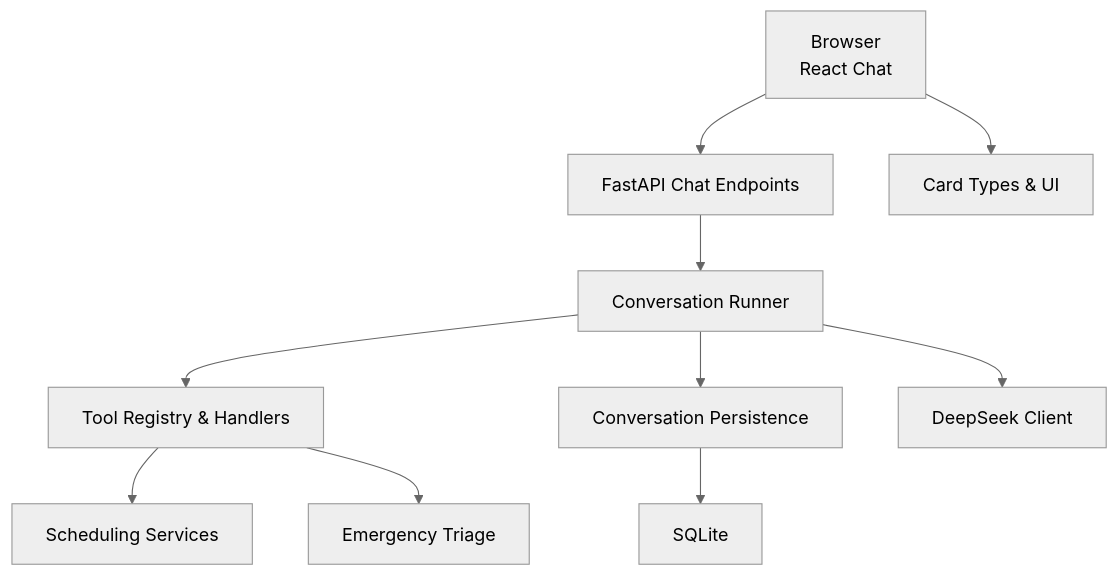
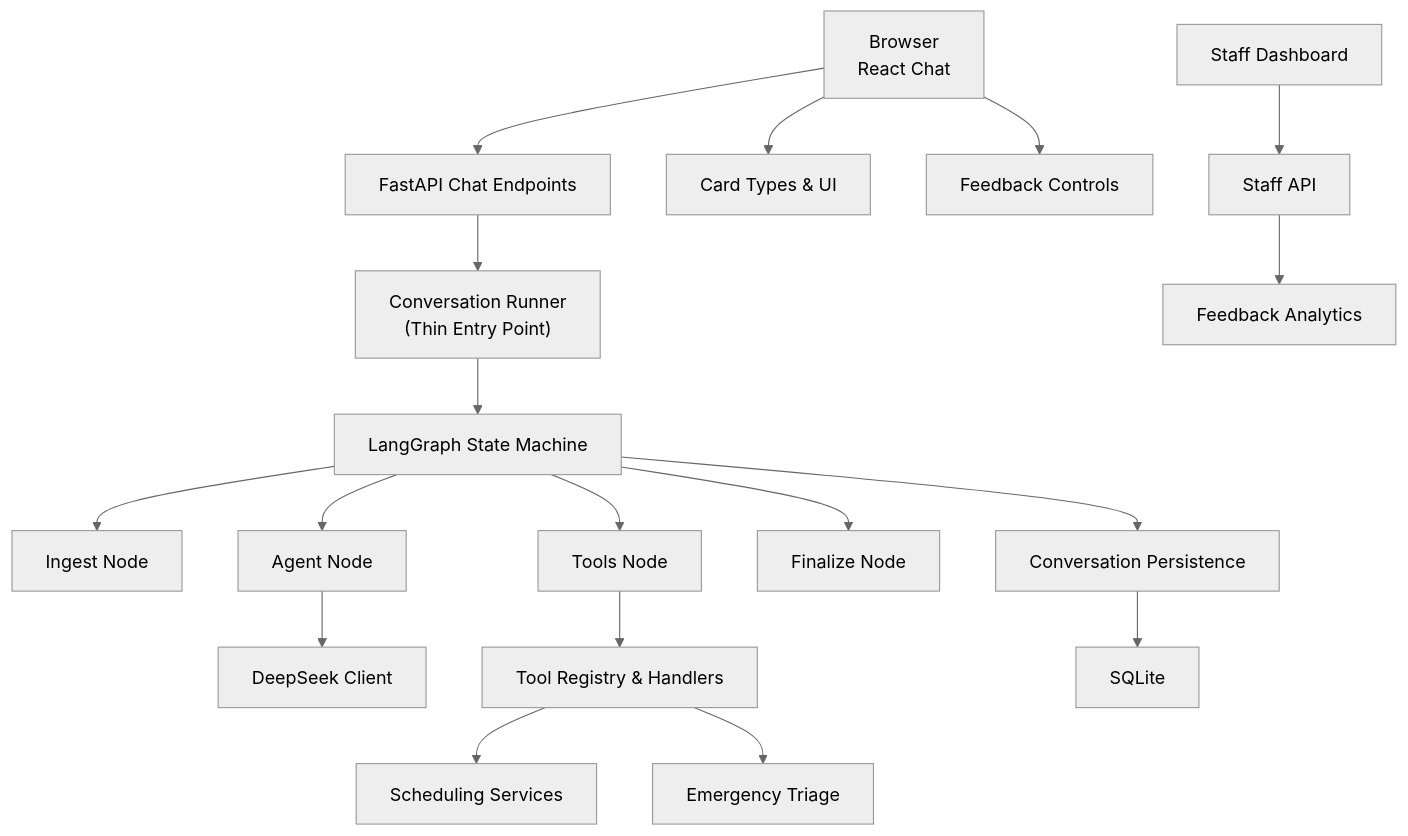
Before and after one commit to gokulkaarthicks/dental-chatbot: the first of 13 diagrams in .qoder/repowiki/en/content/Patient Workflows/Conversation Management/Conversation Management.md, drawn with Mermaid (neutral theme). The commit also changed other lines of this file and 280 other files, not shown here.

````diff
--- a/.qoder/repowiki/en/content/Patient Workflows/Conversation Management/Conversation Management.md
+++ b/.qoder/repowiki/en/content/Patient Workflows/Conversation Management/Conversation Management.md
@@ -51,12 +68,20 @@
 ```mermaid
 graph TB
 Client["Browser<br/>React Chat"] --> API["FastAPI Chat Endpoints"]
-API --> Runner["Conversation Runner"]
-Runner --> Tools["Tool Registry & Handlers"]
-Runner --> Persistence["Conversation Persistence"]
-Runner --> Provider["DeepSeek Client"]
-Tools --> Scheduling["Scheduling Services"]
-Tools --> Emergency["Emergency Triage"]
+API --> Runner["Conversation Runner<br/>(Thin Entry Point)"]
+Runner --> Graph["LangGraph State Machine"]
+Graph --> Ingest["Ingest Node"]
+Graph --> Agent["Agent Node"]
+Graph --> Tools["Tools Node"]
+Graph --> Finalize["Finalize Node"]
+Agent --> Provider["DeepSeek Client"]
+Tools --> ToolExecutor["Tool Registry & Handlers"]
+ToolExecutor --> Scheduling["Scheduling Services"]
+ToolExecutor --> Emergency["Emergency Triage"]
+Graph --> Persistence["Conversation Persistence"]
 Persistence --> DB["SQLite"]
 Client --> Cards["Card Types & UI"]
+Client --> Feedback["Feedback Controls"]
+StaffDashboard["Staff Dashboard"] --> StaffAPI["Staff API"]
+StaffAPI --> FeedbackData["Feedback Analytics"]
 ```
````
